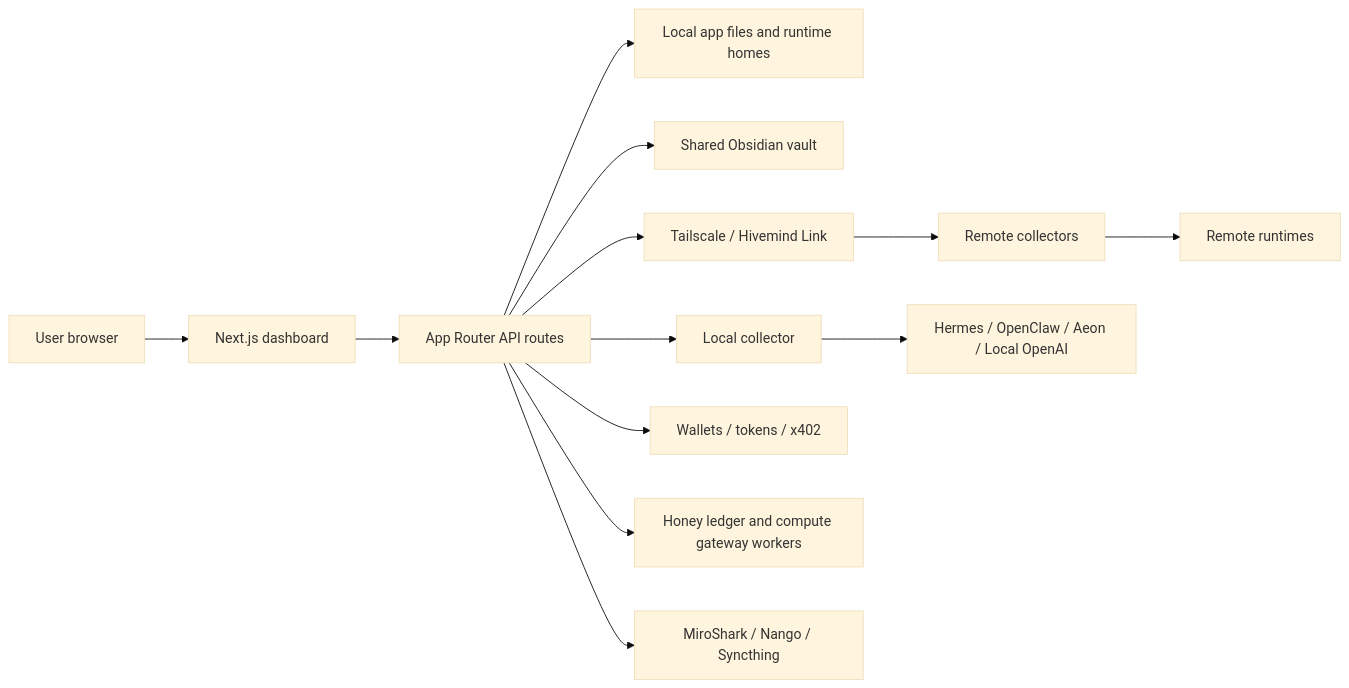
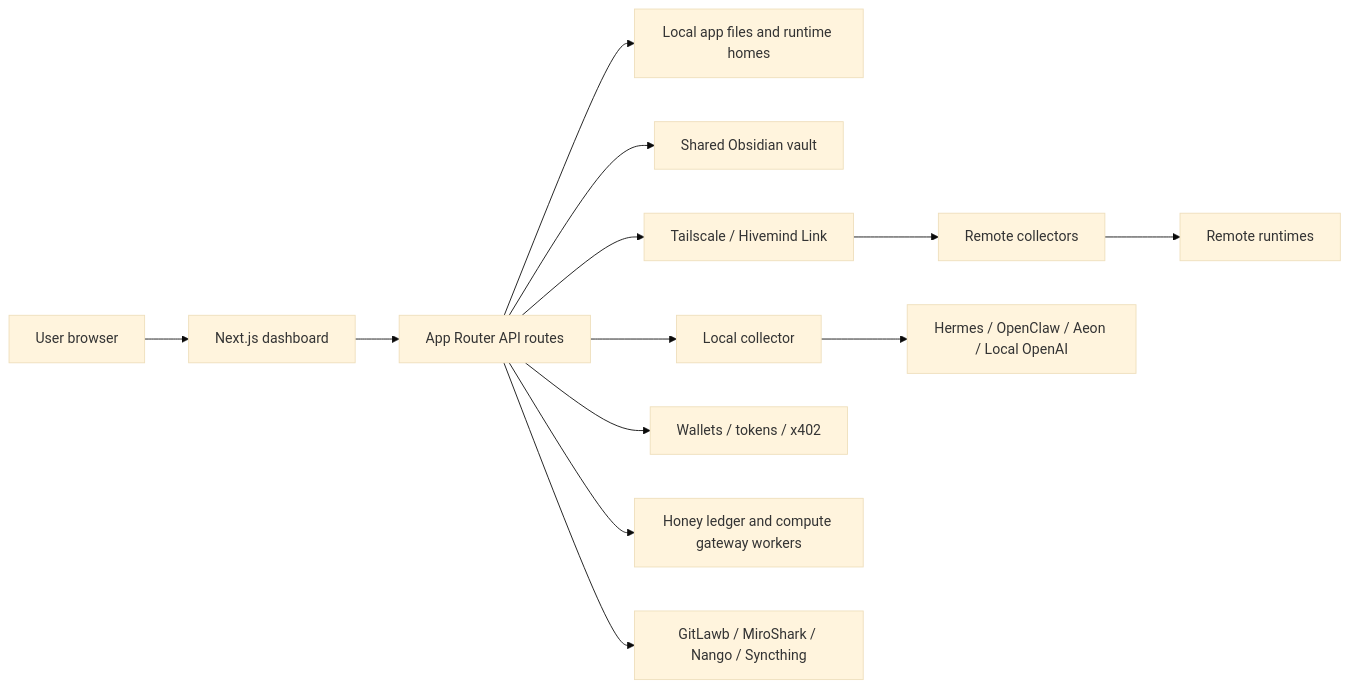
Before and after one commit to LiamVisionary/hivemindos: the diagram in docs/index.md, drawn with Mermaid (base theme). The commit also changed other lines of this file and 176 other files, not shown here.

Commit message:
Publish fusion, GitLawb, and UsePod updates

````diff
--- a/docs/index.md
+++ b/docs/index.md
@@ -96,15 +97,15 @@
 ```mermaid
 flowchart LR
   User["User browser"] --> Dashboard["Next.js dashboard"]
   Dashboard --> Api["App Router API routes"]
   Api --> LocalFiles["Local app files and runtime homes"]
   Api --> Vault["Shared Obsidian vault"]
   Api --> Collector["Local collector"]
   Api --> Tailnet["Tailscale / Hivemind Link"]
   Tailnet --> RemoteCollectors["Remote collectors"]
   Collector --> Runtimes["Hermes / OpenClaw / Aeon / Local OpenAI"]
   RemoteCollectors --> RemoteRuntimes["Remote runtimes"]
   Api --> Wallets["Wallets / tokens / x402"]
   Api --> Workers["Honey ledger and compute gateway workers"]
-  Api --> Companions["MiroShark / Nango / Syncthing"]
+  Api --> Companions["GitLawb / MiroShark / Nango / Syncthing"]
 ```
````
